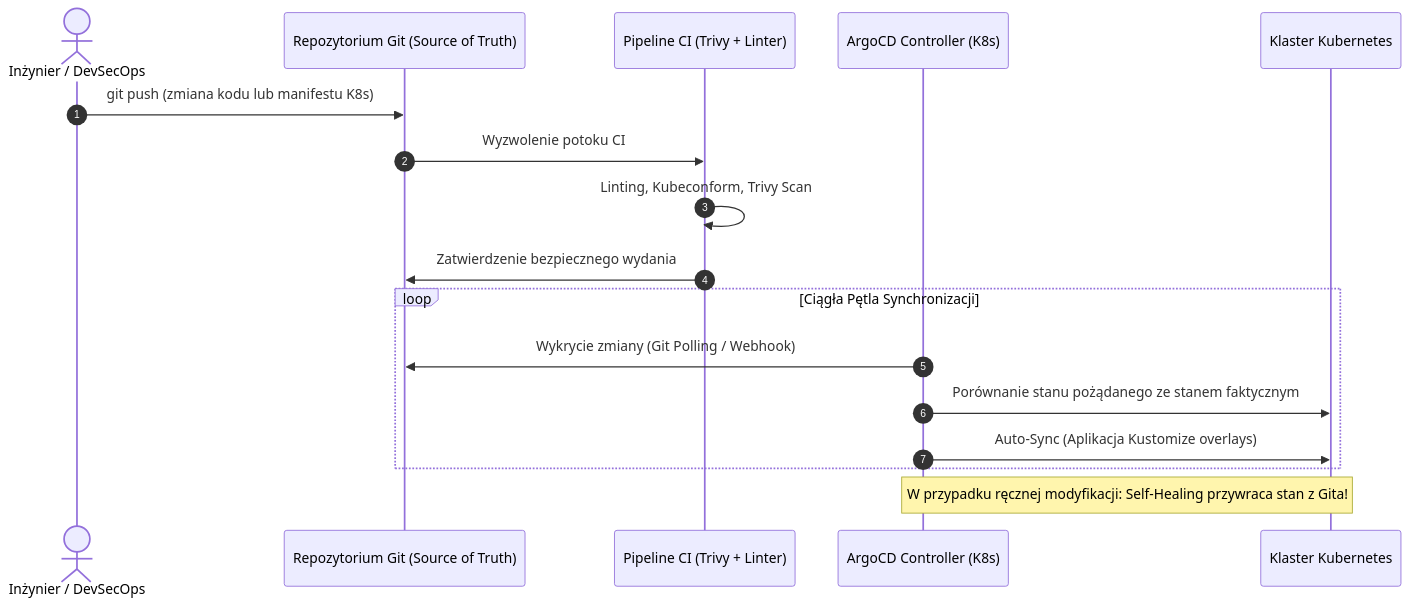
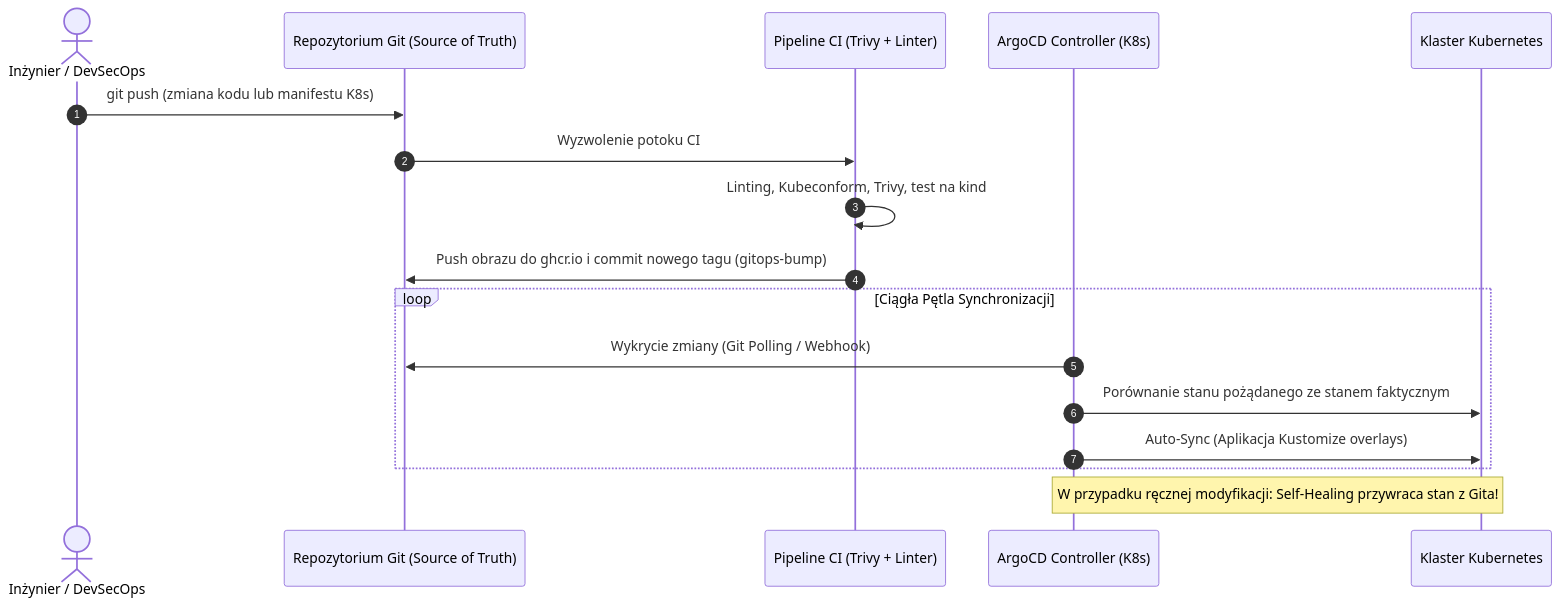
One commit to Shengan01/Inference-Server changed the second of 2 diagrams in docs/DOKUMENTACJA_TECHNICZNA.md. Above: the diagram before and after it, drawn with Mermaid. The commit also changed other lines of this file and 32 other files, not shown here.

First line of the commit message:
harden Kubernetes delivery pipeline and fix ingress, secrets and GitOps flow

````diff
--- a/docs/DOKUMENTACJA_TECHNICZNA.md
+++ b/docs/DOKUMENTACJA_TECHNICZNA.md
@@ -191,20 +232,20 @@
 ```mermaid
 sequenceDiagram
     autonumber
     actor Developer as Inżynier / DevSecOps
     participant Git as Repozytorium Git (Source of Truth)
     participant CI as Pipeline CI (Trivy + Linter)
     participant ArgoCD as ArgoCD Controller (K8s)
     participant Cluster as Klaster Kubernetes
 
     Developer->>Git: git push (zmiana kodu lub manifestu K8s)
     Git->>CI: Wyzwolenie potoku CI
-    CI->>CI: Linting, Kubeconform, Trivy Scan
-    CI->>Git: Zatwierdzenie bezpiecznego wydania
+    CI->>CI: Linting, Kubeconform, Trivy, test na kind
+    CI->>Git: Push obrazu do ghcr.io i commit nowego tagu (gitops-bump)
     loop Ciągła Pętla Synchronizacji
         ArgoCD->>Git: Wykrycie zmiany (Git Polling / Webhook)
         ArgoCD->>Cluster: Porównanie stanu pożądanego ze stanem faktycznym
         ArgoCD->>Cluster: Auto-Sync (Aplikacja Kustomize overlays)
     end
     Note over ArgoCD,Cluster: W przypadku ręcznej modyfikacji: Self-Healing przywraca stan z Gita!
 ```
````
